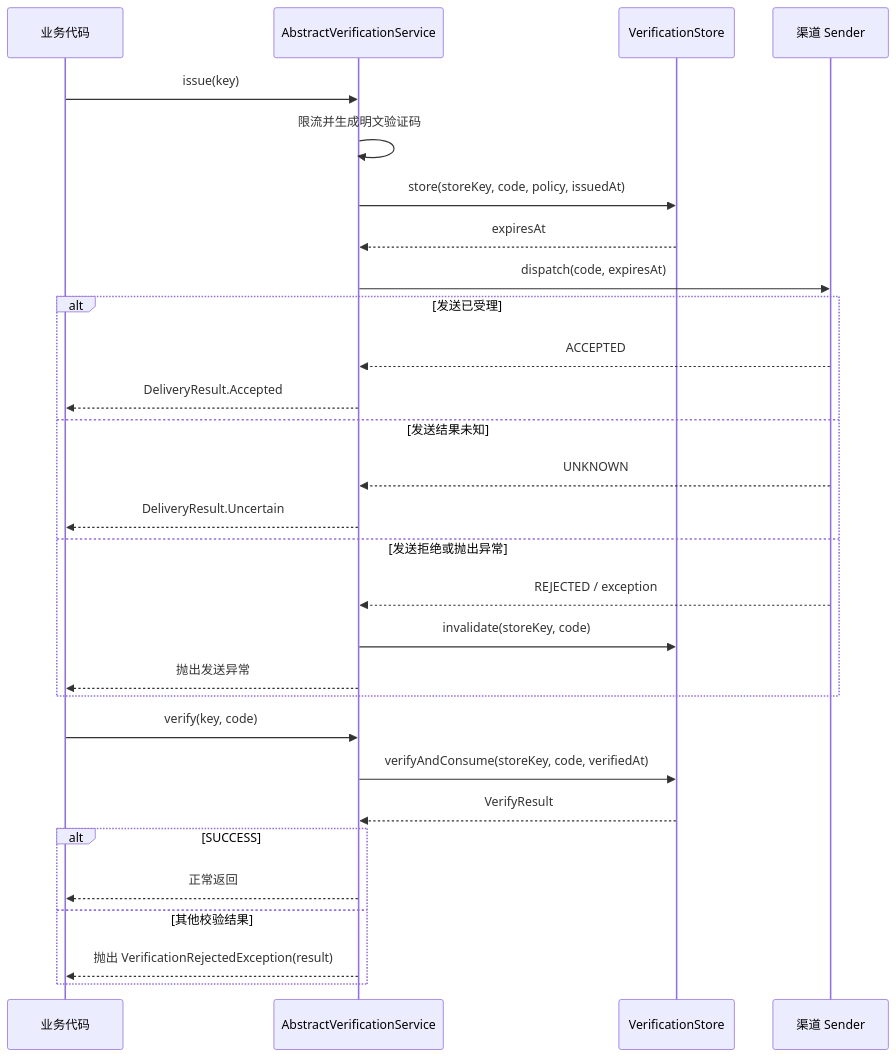
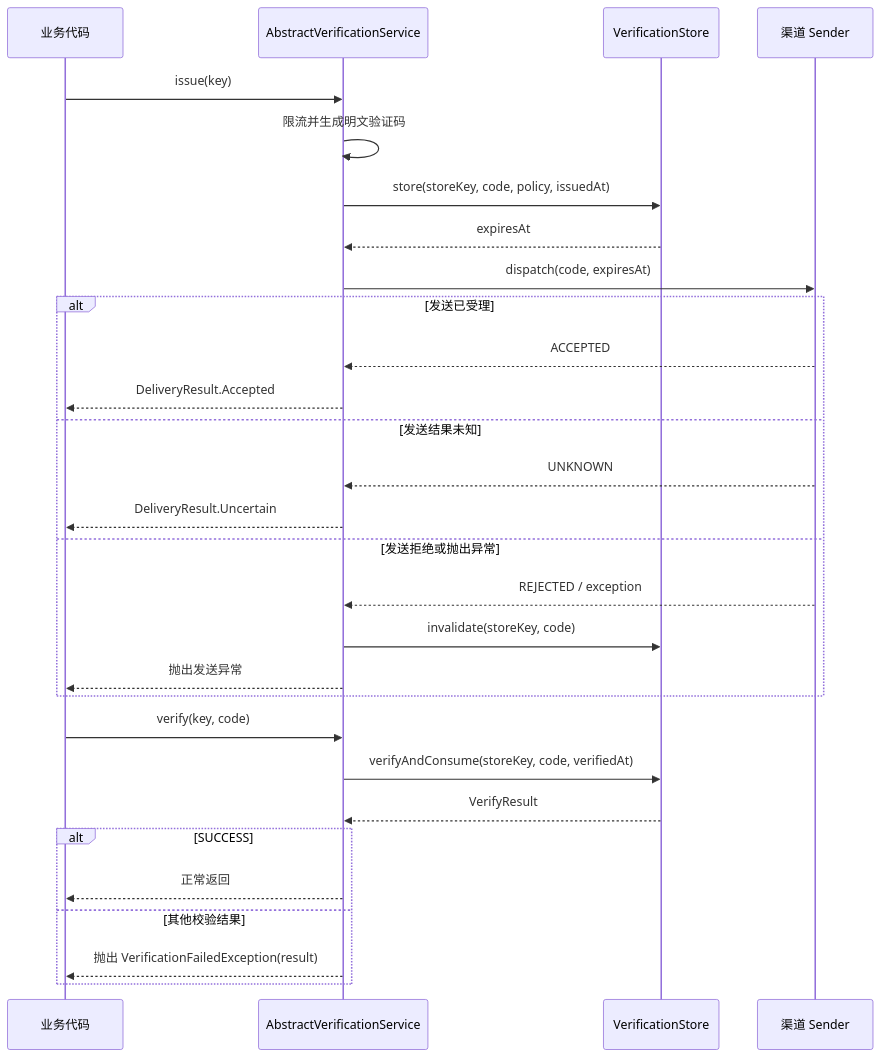
Before and after one commit to RingoTangs/ringo-boot: the second of 3 diagrams in ringo-boot-verification/src/main/java/io/github/ringotangs/ringoboot/verification/store/README.md, drawn with Mermaid. The commit also changed other lines of this file and 9 other files, not shown here.

Commit message:
refactor: replace VerificationRejectedException with VerificationFailedException for improved error handling

````diff
--- a/ringo-boot-verification/src/main/java/io/github/ringotangs/ringoboot/verification/store/README.md
+++ b/ringo-boot-verification/src/main/java/io/github/ringotangs/ringoboot/verification/store/README.md
@@ -127,33 +127,33 @@
 ```mermaid
 sequenceDiagram
     participant App as 业务代码
     participant Service as AbstractVerificationService
     participant Store as VerificationStore
     participant Sender as 渠道 Sender
 
     App->>Service: issue(key)
     Service->>Service: 限流并生成明文验证码
     Service->>Store: store(storeKey, code, policy, issuedAt)
     Store-->>Service: expiresAt
     Service->>Sender: dispatch(code, expiresAt)
     alt 发送已受理
         Sender-->>Service: ACCEPTED
         Service-->>App: DeliveryResult.Accepted
     else 发送结果未知
         Sender-->>Service: UNKNOWN
         Service-->>App: DeliveryResult.Uncertain
     else 发送拒绝或抛出异常
         Sender-->>Service: REJECTED / exception
         Service->>Store: invalidate(storeKey, code)
         Service-->>App: 抛出发送异常
     end
 
     App->>Service: verify(key, code)
     Service->>Store: verifyAndConsume(storeKey, code, verifiedAt)
     Store-->>Service: VerifyResult
     alt SUCCESS
         Service-->>App: 正常返回
     else 其他校验结果
-        Service-->>App: 抛出 VerificationRejectedException(result)
+        Service-->>App: 抛出 VerificationFailedException(result)
     end
 ```
````
